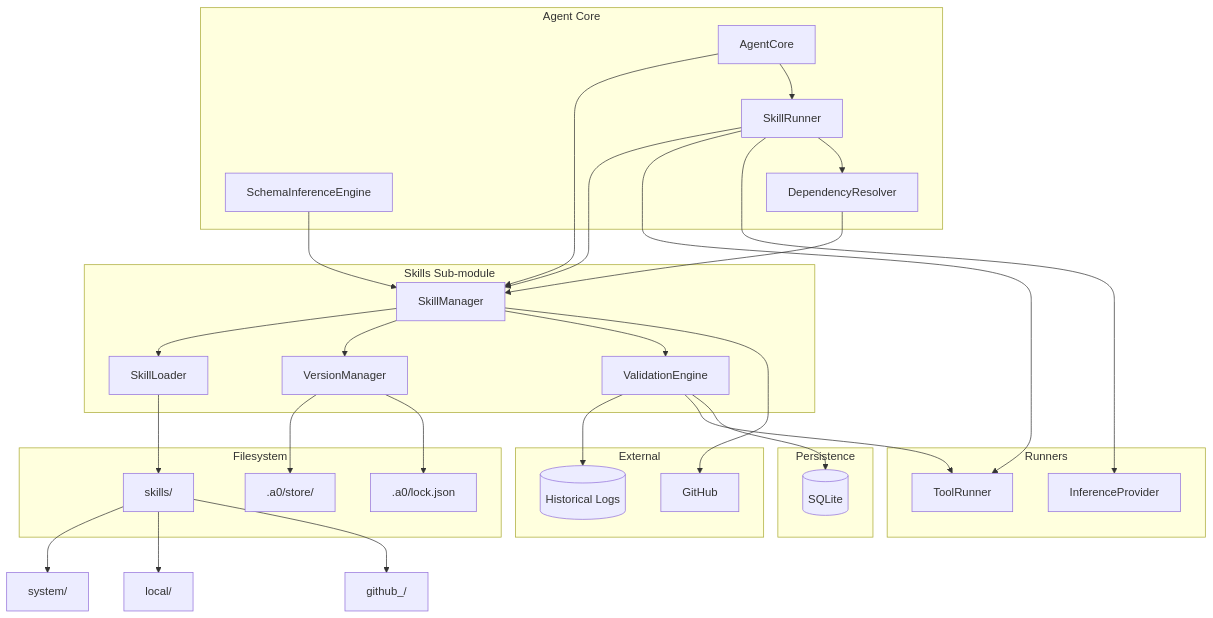
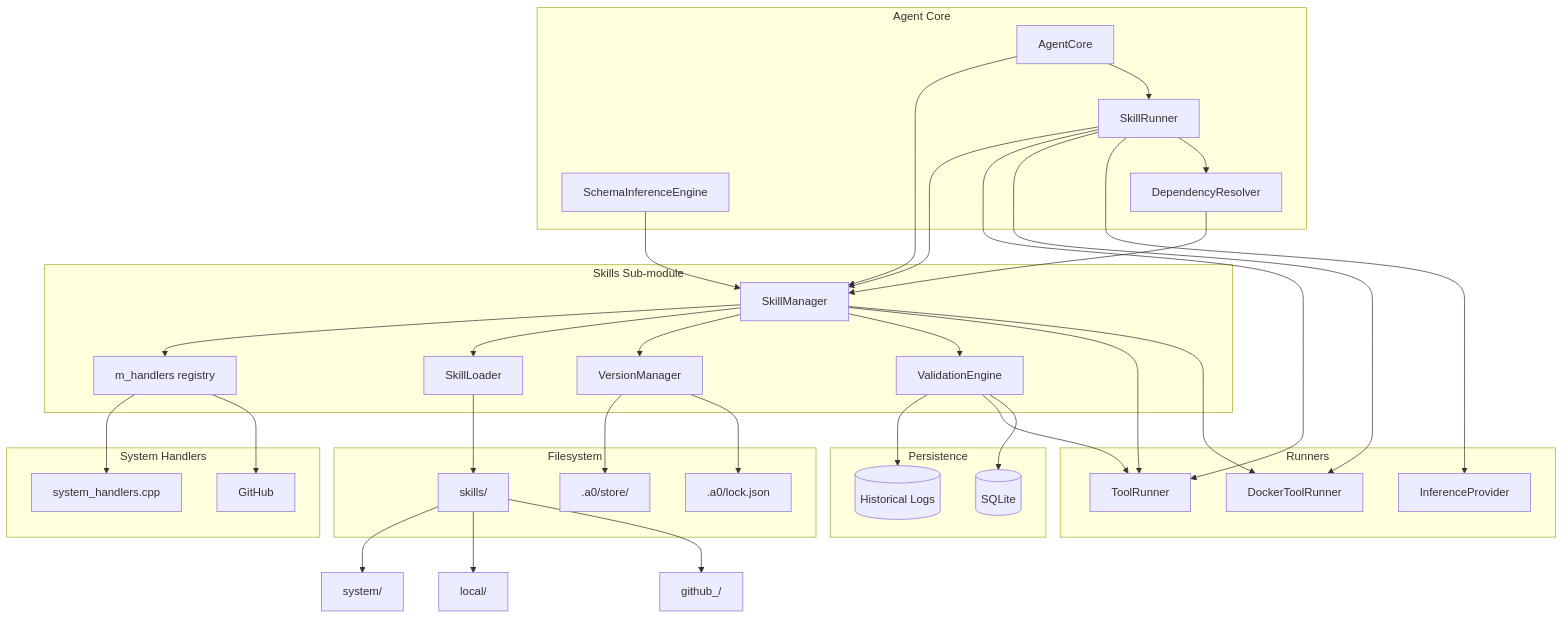
The first of 4 diagrams in src/skills/technical-specification.md (opensassi/a0), drawn with Mermaid before and after one commit. The commit also changed other lines of this file and 42 other files, not shown here.

````diff
--- a/src/skills/technical-specification.md
+++ b/src/skills/technical-specification.md
@@ -454,60 +503,71 @@
 ```mermaid
 graph TB
     subgraph "Agent Core"
         Core[AgentCore]
         SIE[SchemaInferenceEngine]
         DR[DependencyResolver]
         SR[SkillRunner]
     end
 
     subgraph "Skills Sub-module"
         SM[SkillManager]
+        HR[m_handlers registry]
         SL[SkillLoader]
         VM[VersionManager]
         VE[ValidationEngine]
     end
 
+    subgraph "System Handlers"
+        SH[system_handlers.cpp]
+        GH[GitHub]
+    end
+
     subgraph "Runners"
         TR[ToolRunner]
+        DTR[DockerToolRunner]
         IP[InferenceProvider]
     end
 
-    subgraph "External"
-        GH[GitHub]
+    subgraph "Persistence"
         LOG[(Historical Logs)]
+        PS[(SQLite)]
+    end
+
+    subgraph "Filesystem"
+        SK_DIR[skills/]
+        STORE[.a0/store/]
+        LCK[.a0/lock.json]
     end
 
     Core --> SM
     Core --> SR
     SIE --> SM
     SR --> SM
     SR --> TR
+    SR --> DTR
     SR --> IP
     SR --> DR
     DR --> SM
+
+    SM --> HR
     SM --> SL
     SM --> VM
     SM --> VE
+    SM --> TR
+    SM --> DTR
+
+    HR --> SH
+    HR --> GH
+
     VE --> LOG
     VE --> TR
-    SM --> GH
-
-    subgraph "Filesystem"
-        SK_DIR[skills/]
-        STORE[.a0/store/]
-        LCK[.a0/lock.json]
-    end
-
-    subgraph "Persistence"
-        PS[(SQLite)]
-    end
+    VE --> PS
 
     SL --> SK_DIR
     VM --> STORE
     VM --> LCK
-    VE --> PS
 
     SK_DIR --> SYS[system/]
     SK_DIR --> LOC[local/]
     SK_DIR --> GHU[github_<user>/]
 ```
````
